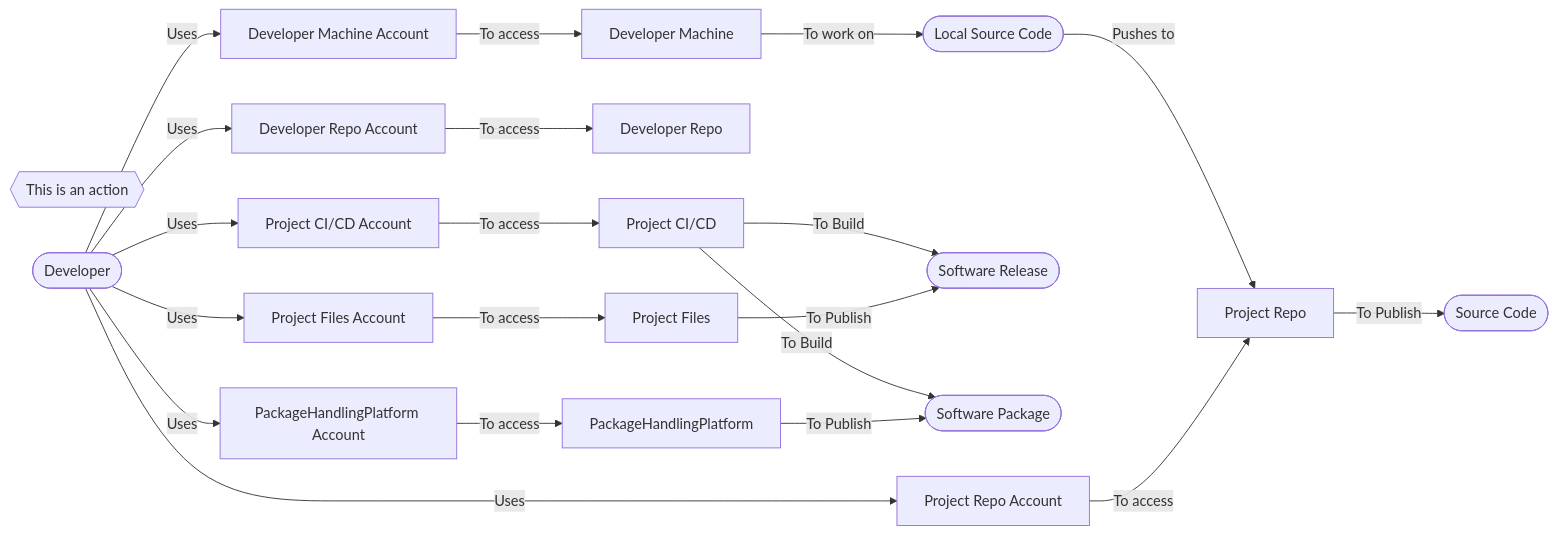
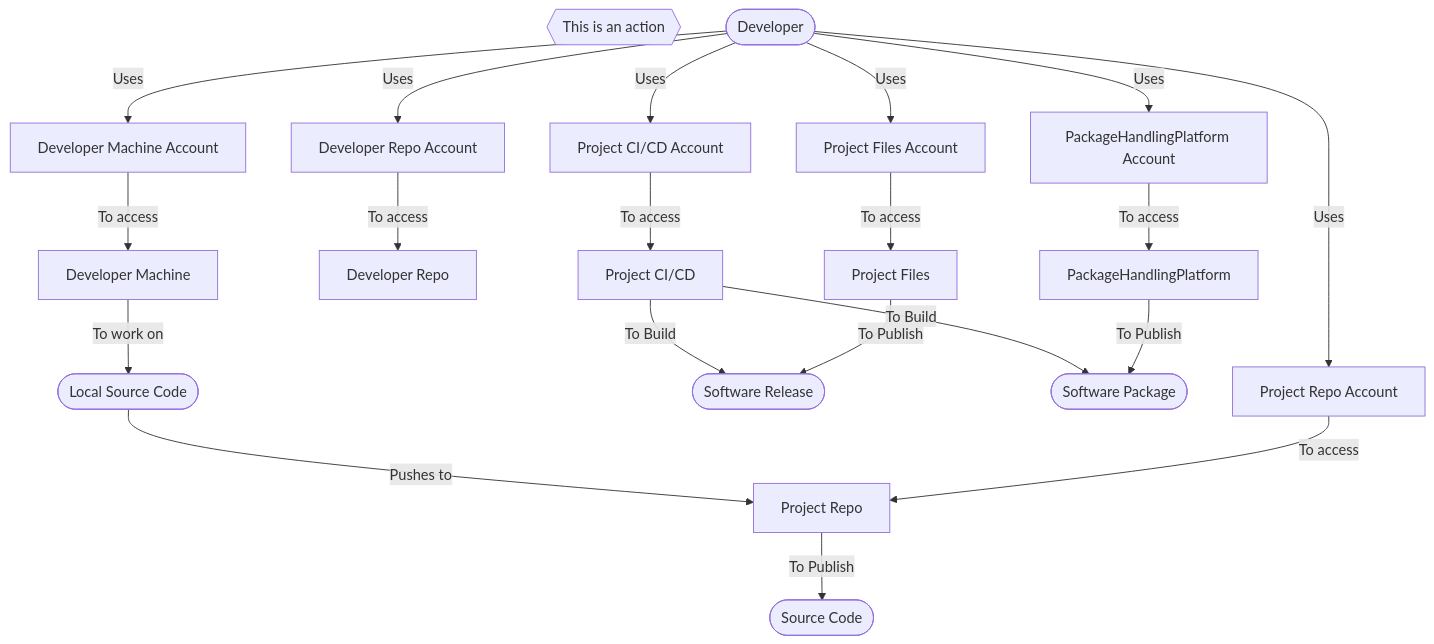
One commit to MrMoshkovitz/threat-modelling changed the diagram in models/opensource/basic-workflow.md. Above: the diagram before and after it, drawn with Mermaid.

Commit message:
reorient

````diff
--- a/models/opensource/basic-workflow.md
+++ b/models/opensource/basic-workflow.md
@@ -1,42 +1,42 @@
 ```mermaid
-flowchart LR
+flowchart TD
 
   This_is_an_action{{This is an action}}
   
   %% People and outcomes
   Developer([Developer]) 
   LocalSourceCode([Local Source Code])
   SourceCode([Source Code])
   SoftwareRelease([Software Release])
   SoftwarePackage([Software Package])
 
   %% Components
   DevMachine[Developer Machine]
   DevMachineAccount[Developer Machine Account]
   
   DevRepo[Developer Repo]
   DevRepoAccount[Developer Repo Account]
   
   ProjectRepo[Project Repo]
   ProjectRepoAccount[Project Repo Account]
   
   ProjectCICD[Project CI/CD]
   ProjectCICDAccount[Project CI/CD Account]
   
   ProjectFiles[Project Files]
   ProjectFilesAccount[Project Files Account]
   
   PackageHandlingPlatform[PackageHandlingPlatform]
   PackageHandlingPlatformAccount[PackageHandlingPlatform Account]
   
   %% Landscape
   
   Developer-- Uses -->DevMachineAccount-- To access -->DevMachine-- To work on-->LocalSourceCode-- Pushes to -->ProjectRepo
   Developer-- Uses -->DevRepoAccount-- To access -->DevRepo
   Developer-- Uses -->ProjectRepoAccount-- To access -->ProjectRepo-- To Publish -->SourceCode
   Developer-- Uses -->ProjectCICDAccount-- To access -->ProjectCICD-- To Build -->SoftwareRelease & SoftwarePackage
   Developer-- Uses -->ProjectFilesAccount-- To access -->ProjectFiles-- To Publish -->SoftwareRelease
   Developer-- Uses -->PackageHandlingPlatformAccount-- To access -->PackageHandlingPlatform-- To Publish -->SoftwarePackage
   
   
 ```
````
